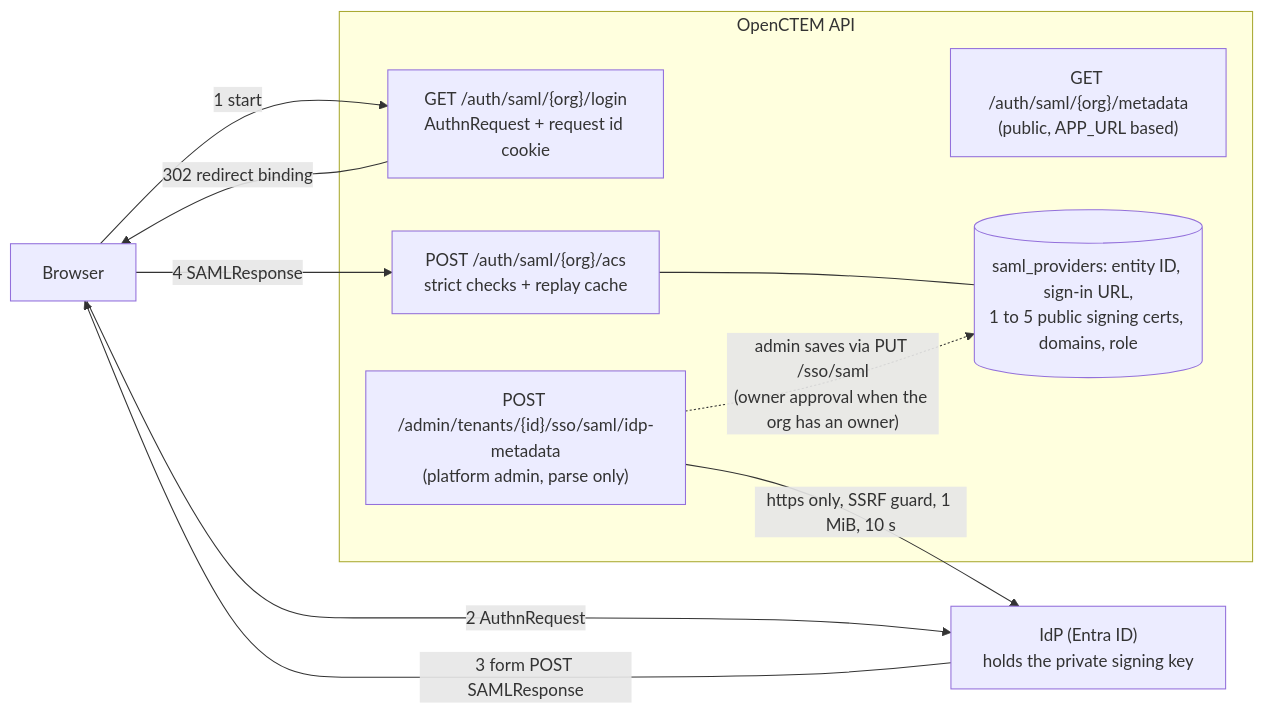
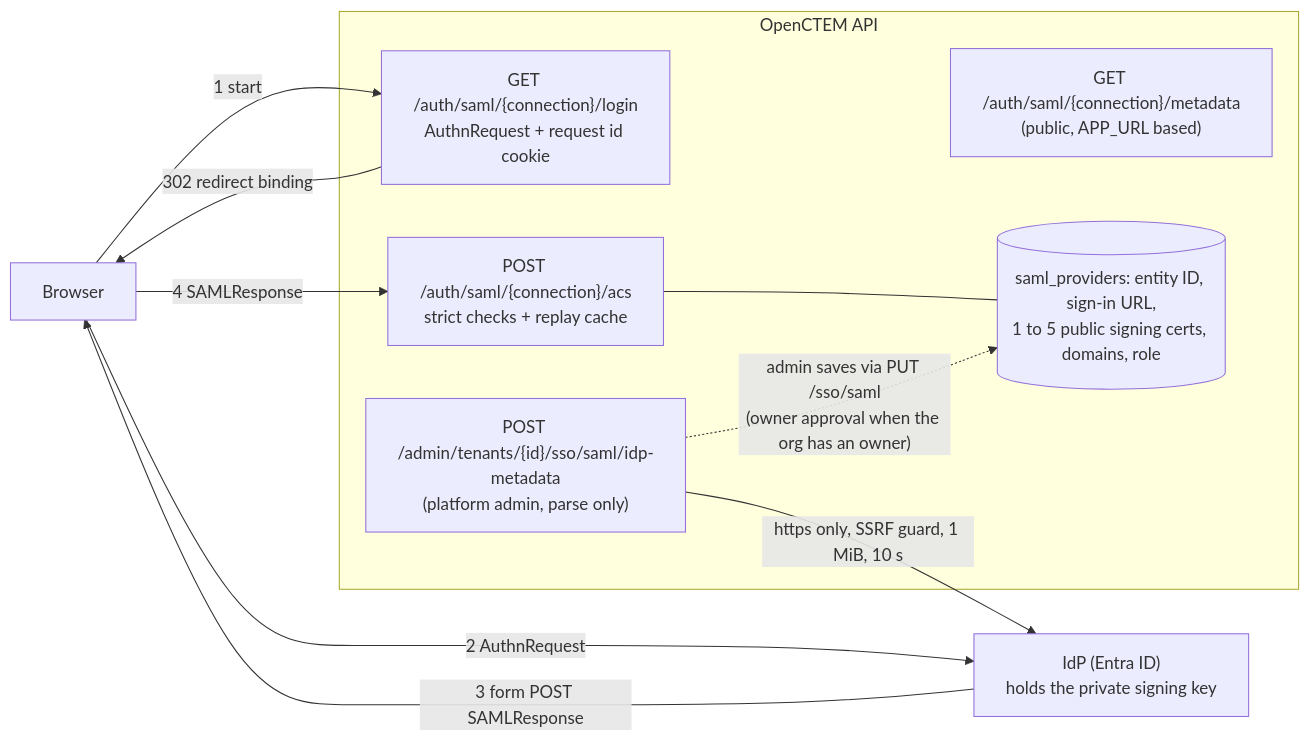
Before and after one commit to openctemio/openctem: the first of 2 diagrams in server/docs/architecture/saml-sso.md, drawn with Mermaid. The commit also changed other lines of this file and 26 other files, not shown here.

First line of the commit message:
Merge pull request #4389 from openctemio/fix/saml-connection-urls

````diff
--- a/server/docs/architecture/saml-sso.md
+++ b/server/docs/architecture/saml-sso.md
@@ -30,20 +30,20 @@
 ```mermaid
 flowchart LR
     B["Browser"]
     subgraph OC["OpenCTEM API"]
-        L["GET /auth/saml/{org}/login<br/>AuthnRequest + request id cookie"]
-        ACS["POST /auth/saml/{org}/acs<br/>strict checks + replay cache"]
-        MD["GET /auth/saml/{org}/metadata<br/>(public, APP_URL based)"]
+        L["GET /auth/saml/{connection}/login<br/>AuthnRequest + request id cookie"]
+        ACS["POST /auth/saml/{connection}/acs<br/>strict checks + replay cache"]
+        MD["GET /auth/saml/{connection}/metadata<br/>(public, APP_URL based)"]
         IMP["POST /admin/tenants/{id}/sso/saml/idp-metadata<br/>(platform admin, parse only)"]
         CFG[("saml_providers: entity ID, sign-in URL,<br/>1 to 5 public signing certs, domains, role")]
     end
     IDP["IdP (Entra ID)<br/>holds the private signing key"]
     B -- "1 start" --> L
     L -- "302 redirect binding" --> B
     B -- "2 AuthnRequest" --> IDP
     IDP -- "3 form POST SAMLResponse" --> B
     B -- "4 SAMLResponse" --> ACS
     IMP -- "https only, SSRF guard, 1 MiB, 10 s" --> IDP
     ACS --- CFG
     IMP -. "admin saves via PUT /sso/saml<br/>(owner approval when the org has an owner)" .-> CFG
 ```
````
